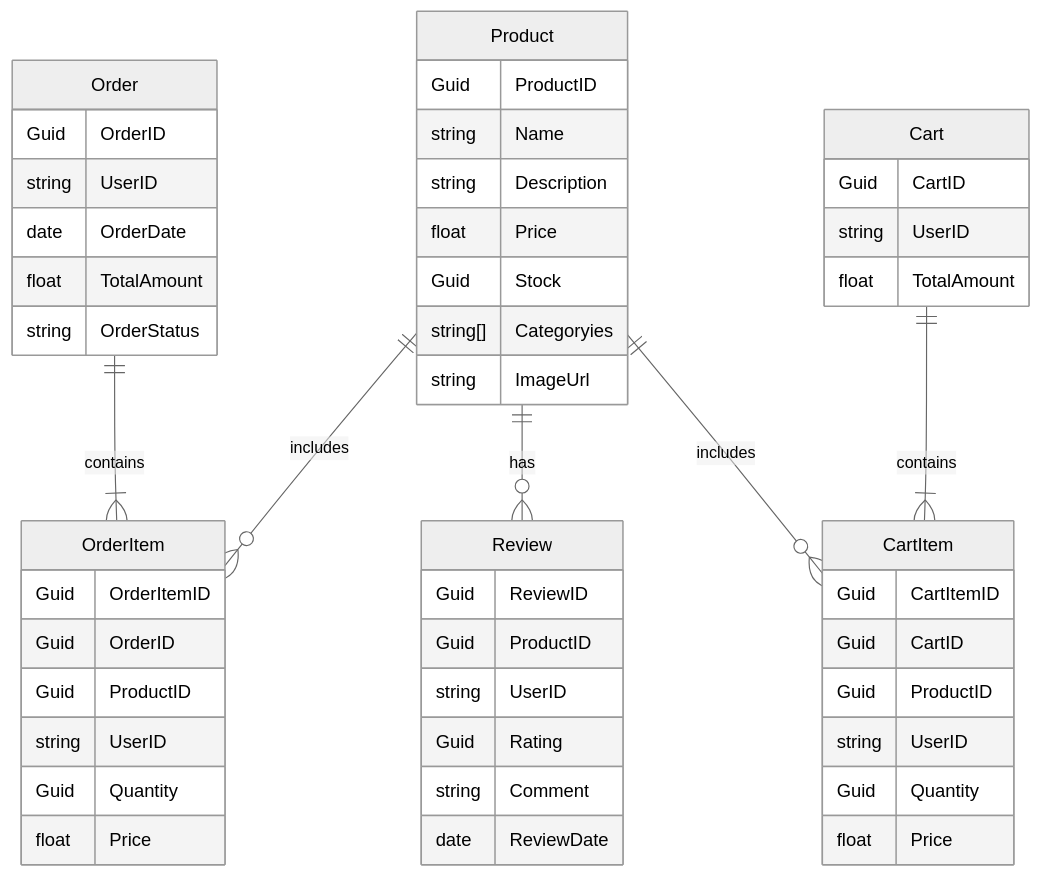
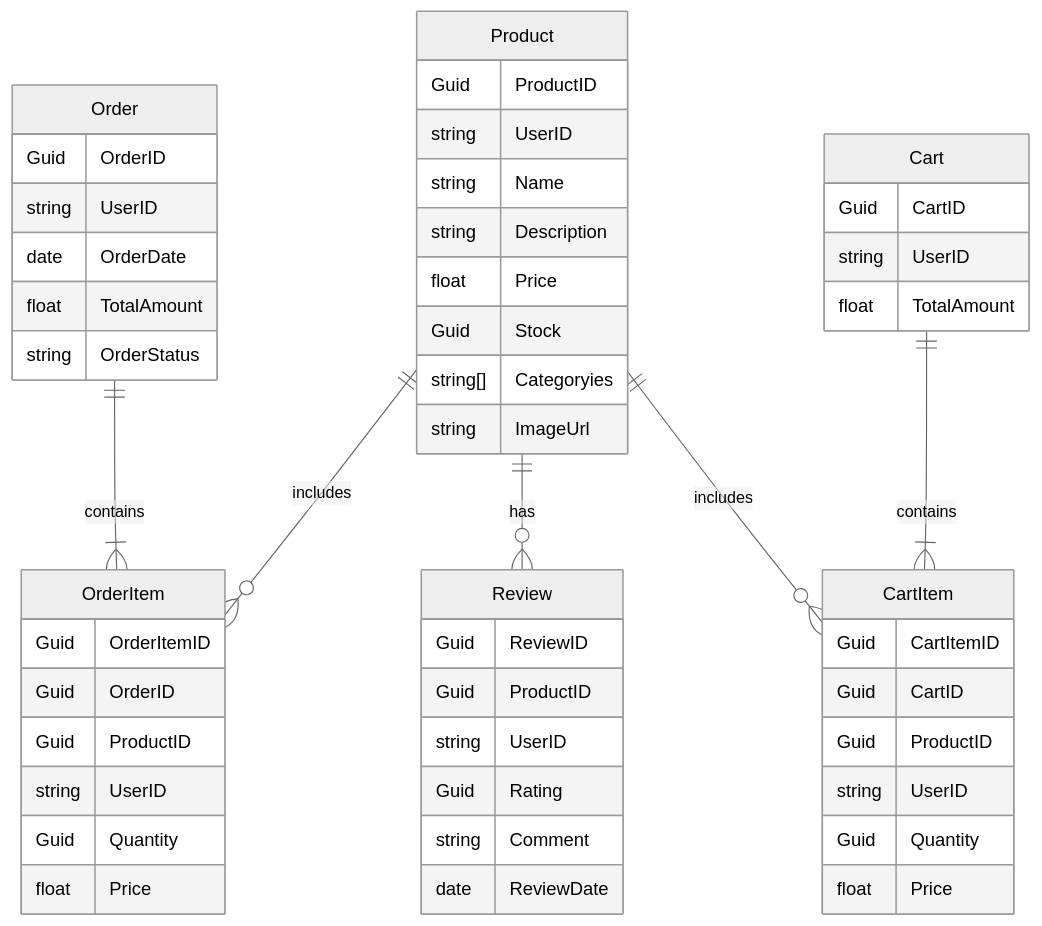
The diagram in docs/diagrams/entity-relationship-diagram.mmd (MGTheTrain/e-commerce-service), drawn with Mermaid (neutral theme) before and after one commit.

Commit message:
consider user id in product domain model

```diff
--- a/docs/diagrams/entity-relationship-diagram.mmd
+++ b/docs/diagrams/entity-relationship-diagram.mmd
@@ -1,64 +1,65 @@
 erDiagram
     %% Bounded Contexts: User Management, Product Management, Order Management, Shopping Cart, Review Management
     
     %% Product Management Context
     Product {
         Guid ProductID
+        string UserID
         string Name
         string Description
         float Price
         Guid Stock
         string[] Categoryies
         string ImageUrl
     }
     
     %% Order Management Context
     Order {
         Guid OrderID
         string UserID
         date OrderDate
         float TotalAmount
         string OrderStatus
     }
     
     OrderItem {
         Guid OrderItemID
         Guid OrderID
         Guid ProductID
         string UserID
         Guid Quantity
         float Price
     }
     
     %% Shopping Cart Context
     Cart {
         Guid CartID
         string UserID
         float TotalAmount
     }
     
     CartItem {
         Guid CartItemID
         Guid CartID
         Guid ProductID
         string UserID
         Guid Quantity
         float Price
     }
     
     %% Review Management Context
     Review {
         Guid ReviewID
         Guid ProductID
         string UserID
         Guid Rating
         string Comment
         date ReviewDate
     }
 
     %% Relationships
     Order ||--|{ OrderItem : contains
     Product ||--o{ OrderItem : includes
     Product ||--o{ Review : has
     Cart ||--|{ CartItem : contains
     Product ||--o{ CartItem : includes
```
